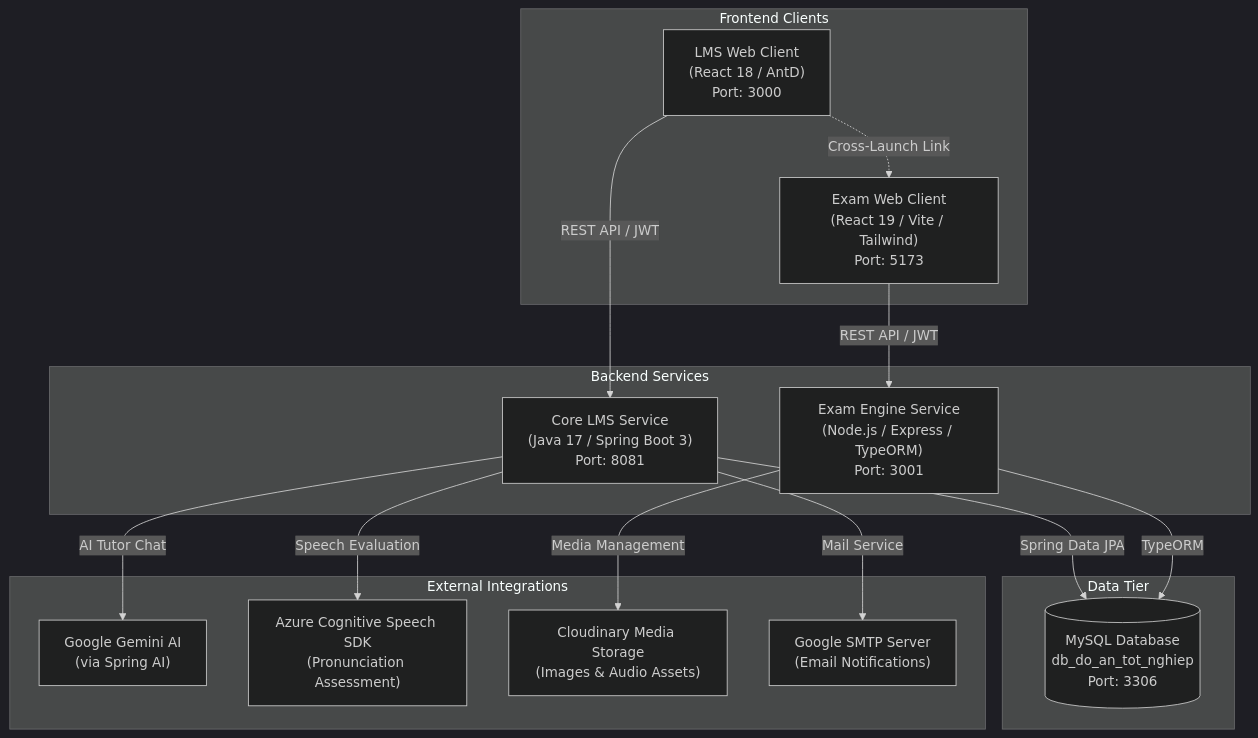
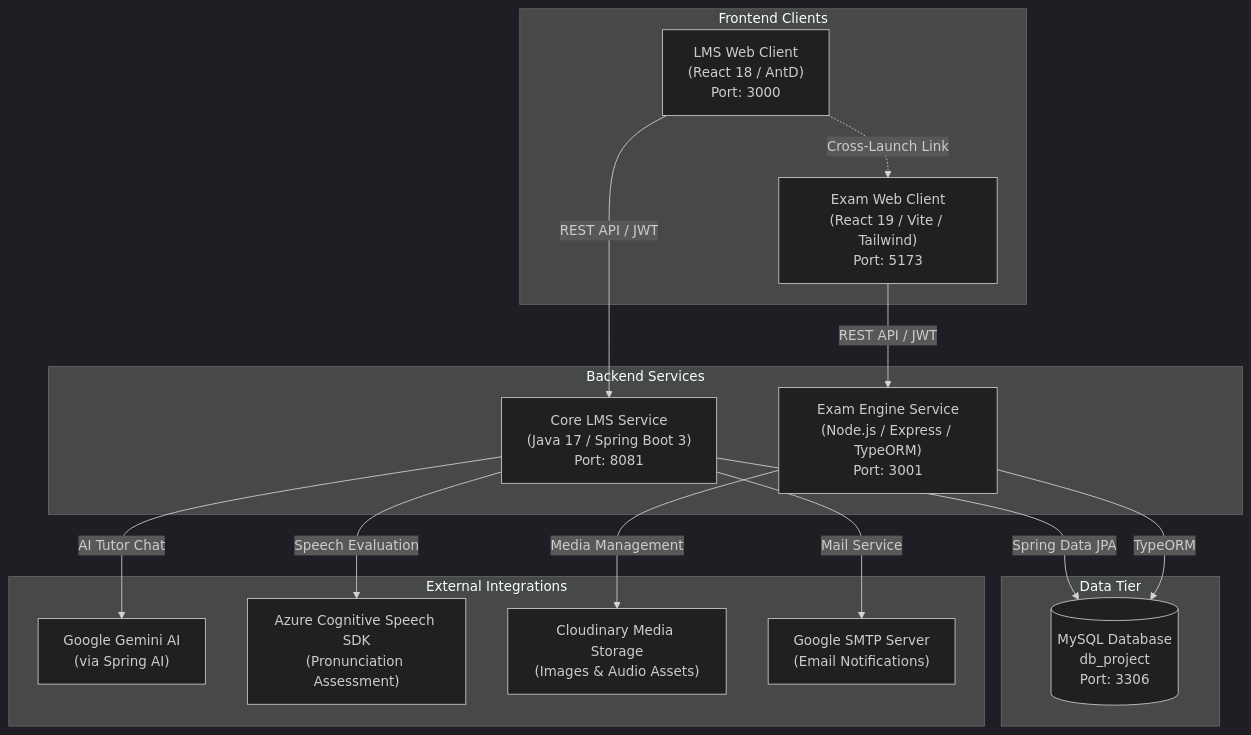
Before and after one commit to DoThiKimOanhB22DCCN606/AI-Integrated-English-Learning-Platform: the diagram in README.md, drawn with Mermaid (dark theme). The commit also changed other lines of this file, not shown here.

Commit message:
Update database name references in README.md

````diff
--- a/README.md
+++ b/README.md
@@ -51,36 +51,36 @@
 ```mermaid
 flowchart TD
     subgraph Clients["Frontend Clients"]
         LMS_UI["LMS Web Client\n(React 18 / AntD)\nPort: 3000"]
         EXAM_UI["Exam Web Client\n(React 19 / Vite / Tailwind)\nPort: 5173"]
     end
 
     subgraph Services["Backend Services"]
         CORE_API["Core LMS Service\n(Java 17 / Spring Boot 3)\nPort: 8081"]
         EXAM_API["Exam Engine Service\n(Node.js / Express / TypeORM)\nPort: 3001"]
     end
 
     subgraph External["External Integrations"]
         GEMINI["Google Gemini AI\n(via Spring AI)"]
         AZURE["Azure Cognitive Speech SDK\n(Pronunciation Assessment)"]
         CLOUDINARY["Cloudinary Media Storage\n(Images & Audio Assets)"]
         SMTP["Google SMTP Server\n(Email Notifications)"]
     end
 
     subgraph Persistence["Data Tier"]
-        DB[(MySQL Database\ndb_do_an_tot_nghiep\nPort: 3306)]
+        DB[(MySQL Database\ndb_project\nPort: 3306)]
     end
 
     %% Client Interactions
     LMS_UI -->|REST API / JWT| CORE_API
     LMS_UI -.->|Cross-Launch Link| EXAM_UI
     EXAM_UI -->|REST API / JWT| EXAM_API
 
     %% Service Integrations
     CORE_API -->|Spring Data JPA| DB
     EXAM_API -->|TypeORM| DB
     CORE_API -->|AI Tutor Chat| GEMINI
     CORE_API -->|Speech Evaluation| AZURE
     CORE_API -->|Mail Service| SMTP
     EXAM_API -->|Media Management| CLOUDINARY
 ```
````
